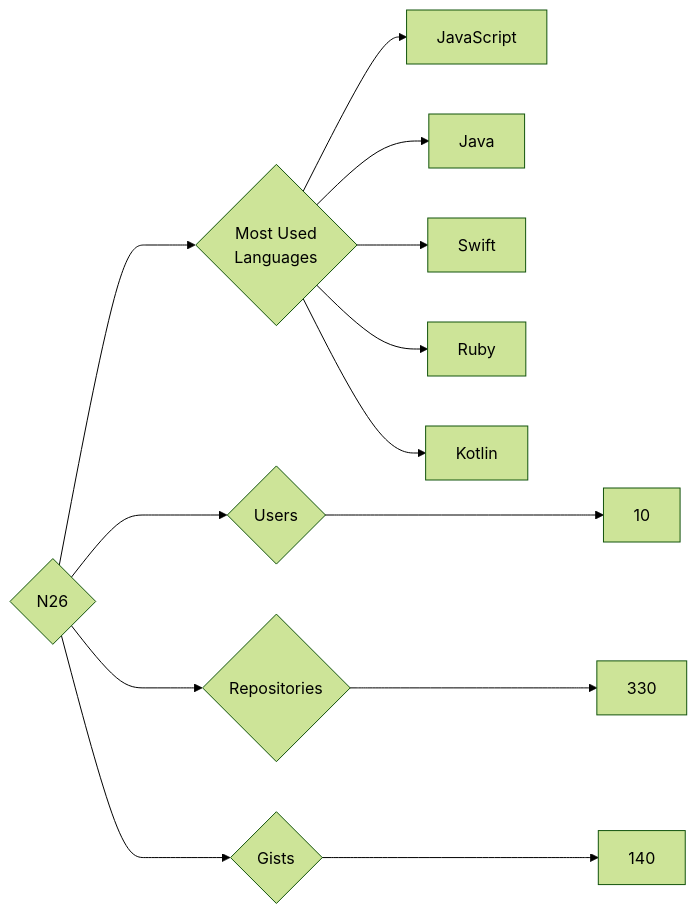
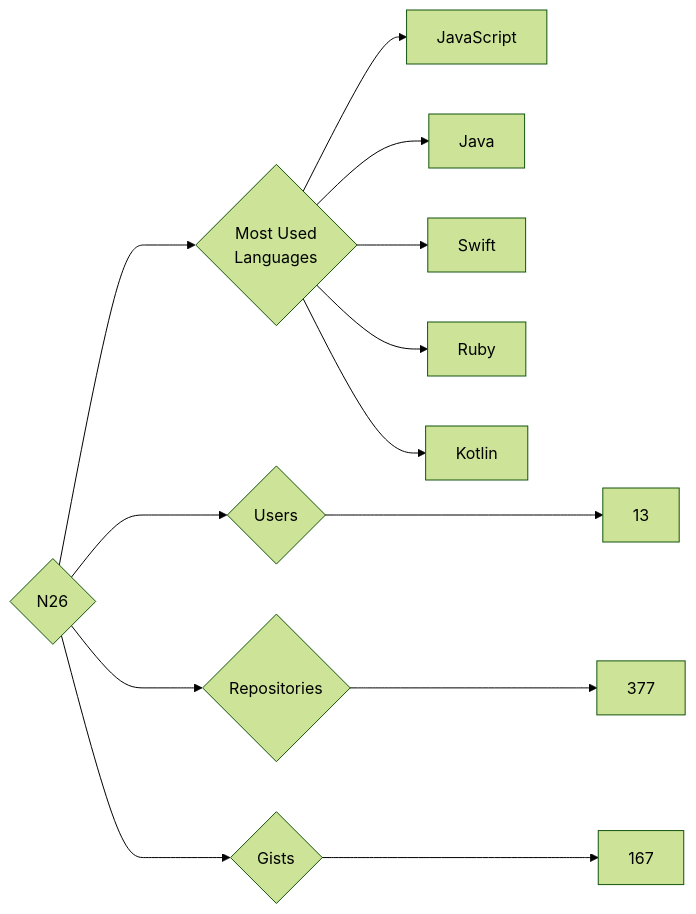
The diagram in targets/N26/README.md (trickest/insiders), drawn with Mermaid (forest theme) before and after one commit. The commit also changed 773 other files, not shown here.

````diff
--- a/targets/N26/README.md
+++ b/targets/N26/README.md
@@ -3,13 +3,13 @@
 ```mermaid
 graph LR
 COMPANY_NAME{N26}
-COMPANY_NAME ---> U{Users} ---> UN[10]
-COMPANY_NAME ---> R{Repositories} ---> RN[330]
-COMPANY_NAME ---> G{Gists} ---> GN[140]
+COMPANY_NAME ---> U{Users} ---> UN[13]
+COMPANY_NAME ---> R{Repositories} ---> RN[377]
+COMPANY_NAME ---> G{Gists} ---> GN[167]
 COMPANY_NAME ---> ML{Most Used<br>Languages}
 ML --> JavaScript[JavaScript]
 ML --> Java[Java]
 ML --> Swift[Swift]
 ML --> Ruby[Ruby]
 ML --> Kotlin[Kotlin]
 ```
````
